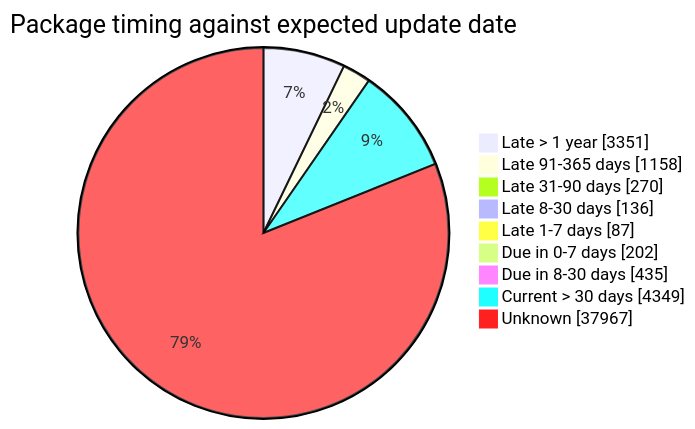
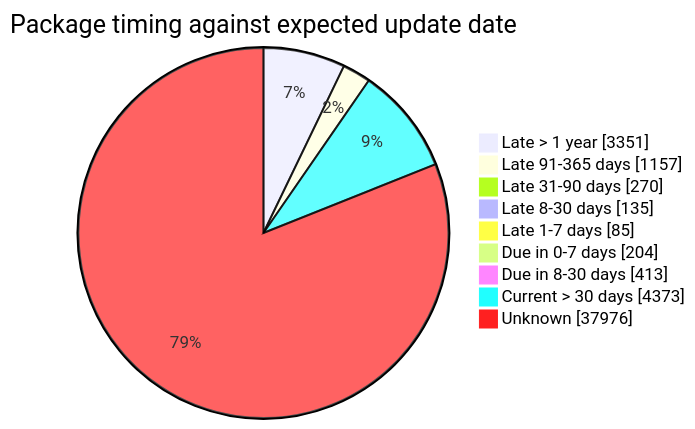
One commit to open-data/analytics-corporate-reporting changed the fourth of 5 diagrams in FreshCheck/README.md. Above: the diagram before and after it, drawn with Mermaid. The commit also changed other lines of this file and 3 other files, not shown here.

````diff
--- a/FreshCheck/README.md
+++ b/FreshCheck/README.md
@@ -86,12 +86,12 @@
 ```mermaid
 pie showData title Package timing against expected update date
     "Late > 1 year": 3351
-    "Late 91-365 days": 1158
+    "Late 91-365 days": 1157
     "Late 31-90 days": 270
-    "Late 8-30 days": 136
-    "Late 1-7 days": 87
-    "Due in 0-7 days": 202
-    "Due in 8-30 days": 435
-    "Current > 30 days": 4349
-    "Unknown": 37967
+    "Late 8-30 days": 135
+    "Late 1-7 days": 85
+    "Due in 0-7 days": 204
+    "Due in 8-30 days": 413
+    "Current > 30 days": 4373
+    "Unknown": 37976
 ```
````
